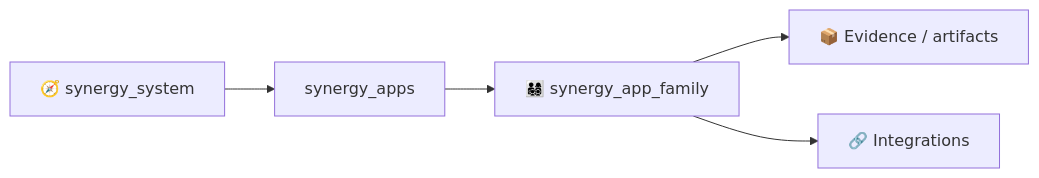
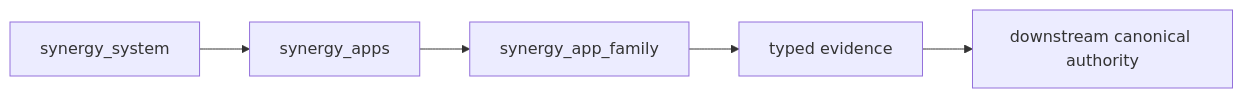
The second of 2 diagrams in README.md (Shtenco/synergy_app_family), drawn with Mermaid before and after one commit. The commit also changed other lines of this file, not shown here.

````diff
--- a/README.md
+++ b/README.md
@@ -20,7 +136,7 @@
 ```mermaid
 flowchart LR
-    SYS[🧭 synergy_system] --> P[synergy_apps]
-    P --> THIS[👨‍👩‍👧‍👦 synergy_app_family]
-    THIS --> E[📦 Evidence / artifacts]
-    THIS --> I[🔗 Integrations]
+    SYS[synergy_system] --> P[synergy_apps]
+    P --> THIS[synergy_app_family]
+    THIS --> E[typed evidence]
+    E --> NEXT[downstream canonical authority]
 ```
````
